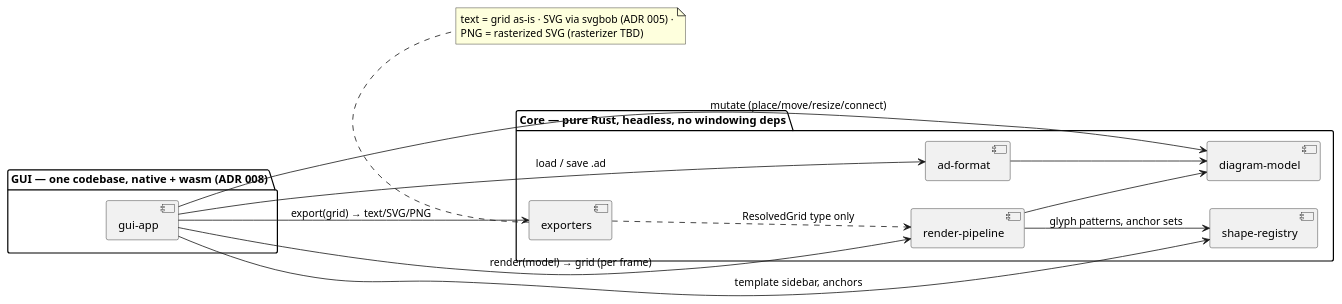
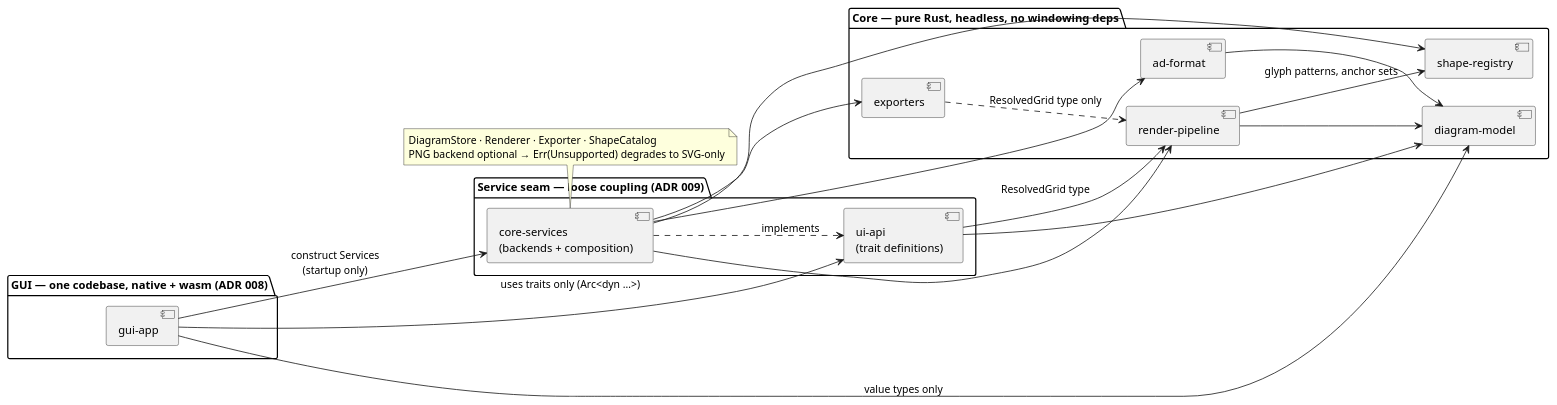
Before and after one commit to Reto411/ascii-diagram-drawer: the second of 2 diagrams in doc/arc42/08-building-block-view.md, drawn with PlantUML. The commit also changed other lines of this file and 6 other files, not shown here.

First line of the commit message:
ADR 009: UI API service layer — loose coupling between GUI and core

````diff
--- a/doc/arc42/08-building-block-view.md
+++ b/doc/arc42/08-building-block-view.md
@@ -45,25 +47,34 @@
 ```plantuml
 @startuml
 left to right direction
 package "GUI — one codebase, native + wasm (ADR 008)" {
   [gui-app] as gui
+}
+package "Service seam — loose coupling (ADR 009)" {
+  [ui-api\n(trait definitions)] as api
+  [core-services\n(backends + composition)] as svc
 }
 package "Core — pure Rust, headless, no windowing deps" {
   [diagram-model] as model
   [ad-format] as fmt
   [shape-registry] as reg
   [render-pipeline] as pipe
   [exporters] as exp
 }
-gui --> model : mutate (place/move/resize/connect)
-gui --> pipe : render(model) → grid (per frame)
-gui --> exp : export(grid) → text/SVG/PNG
-gui --> fmt : load / save .ad
-gui --> reg : template sidebar, anchors
+gui --> api : uses traits only (Arc<dyn …>)
+gui --> svc : construct Services\n(startup only)
+gui --> model : value types only
+svc ..> api : implements
+svc --> fmt
+svc --> reg
+svc --> pipe
+svc --> exp
+api --> model
+api --> pipe : ResolvedGrid type
 fmt --> model
 pipe --> model
 pipe --> reg : glyph patterns, anchor sets
 exp ..> pipe : ResolvedGrid type only
-note bottom of exp : text = grid as-is · SVG via svgbob (ADR 005) ·\nPNG = rasterized SVG (rasterizer TBD)
+note bottom of svc : DiagramStore · Renderer · Exporter · ShapeCatalog\nPNG backend optional → Err(Unsupported) degrades to SVG-only
 @enduml
 ```
````
